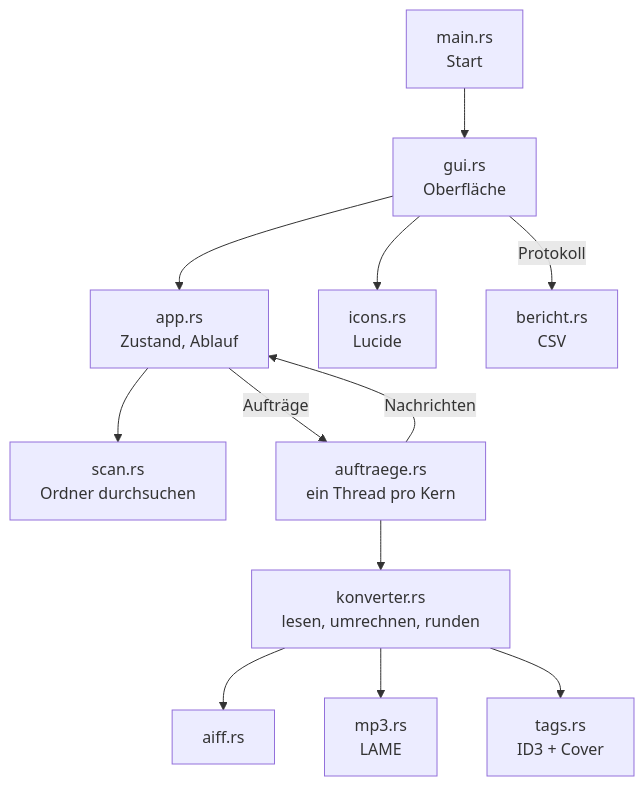
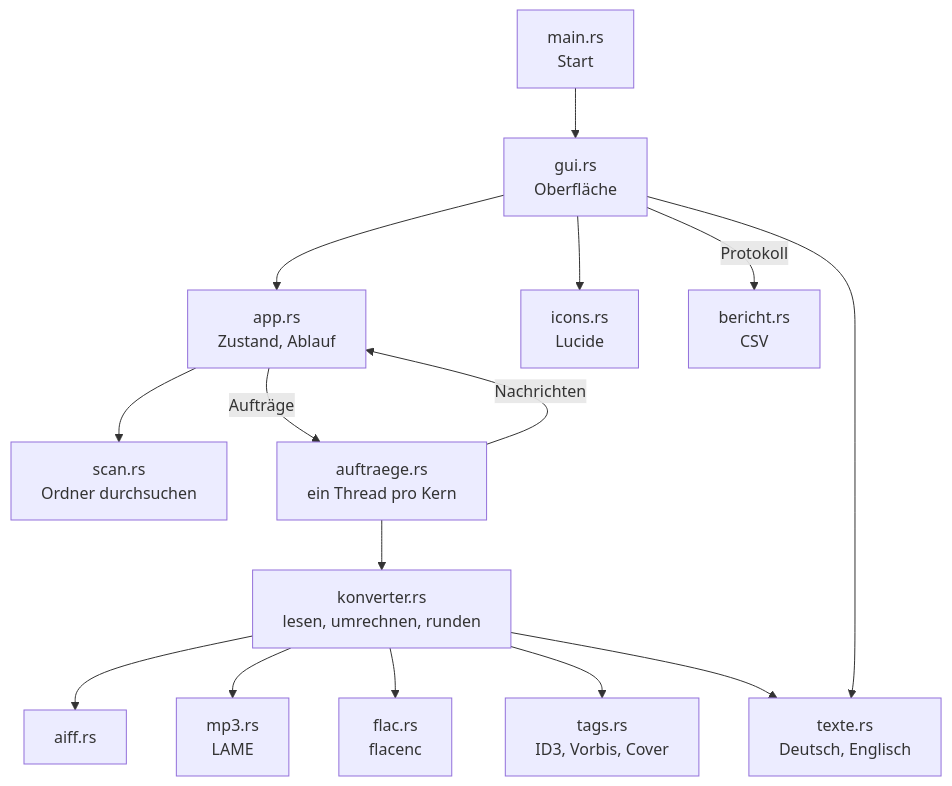
Before and after one commit to Senci/audio-konverter: the diagram in wiki/diagramme/architektur.md, drawn with Mermaid. The commit also changed 24 other files, not shown here.

````diff
--- a/wiki/diagramme/architektur.md
+++ b/wiki/diagramme/architektur.md
@@ -3,14 +3,17 @@
 ```mermaid
 flowchart TD
     main["main.rs<br/>Start"] --> gui["gui.rs<br/>Oberfläche"]
     gui --> app["app.rs<br/>Zustand, Ablauf"]
     gui --> icons["icons.rs<br/>Lucide"]
     gui -->|Protokoll| bericht["bericht.rs<br/>CSV"]
+    gui --> texte["texte.rs<br/>Deutsch, Englisch"]
     app --> scan["scan.rs<br/>Ordner durchsuchen"]
     app -->|Aufträge| auftraege["auftraege.rs<br/>ein Thread pro Kern"]
     auftraege -->|Nachrichten| app
     auftraege --> konverter["konverter.rs<br/>lesen, umrechnen, runden"]
     konverter --> aiff["aiff.rs"]
     konverter --> mp3["mp3.rs<br/>LAME"]
-    konverter --> tags["tags.rs<br/>ID3 + Cover"]
+    konverter --> flac["flac.rs<br/>flacenc"]
+    konverter --> tags["tags.rs<br/>ID3, Vorbis, Cover"]
+    konverter --> texte
 ```
````
